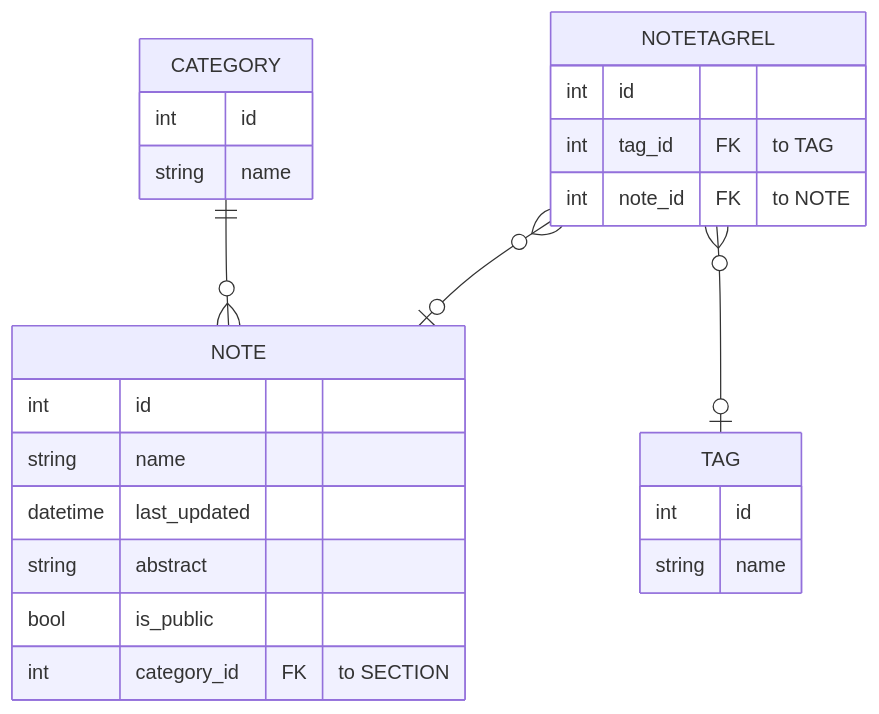
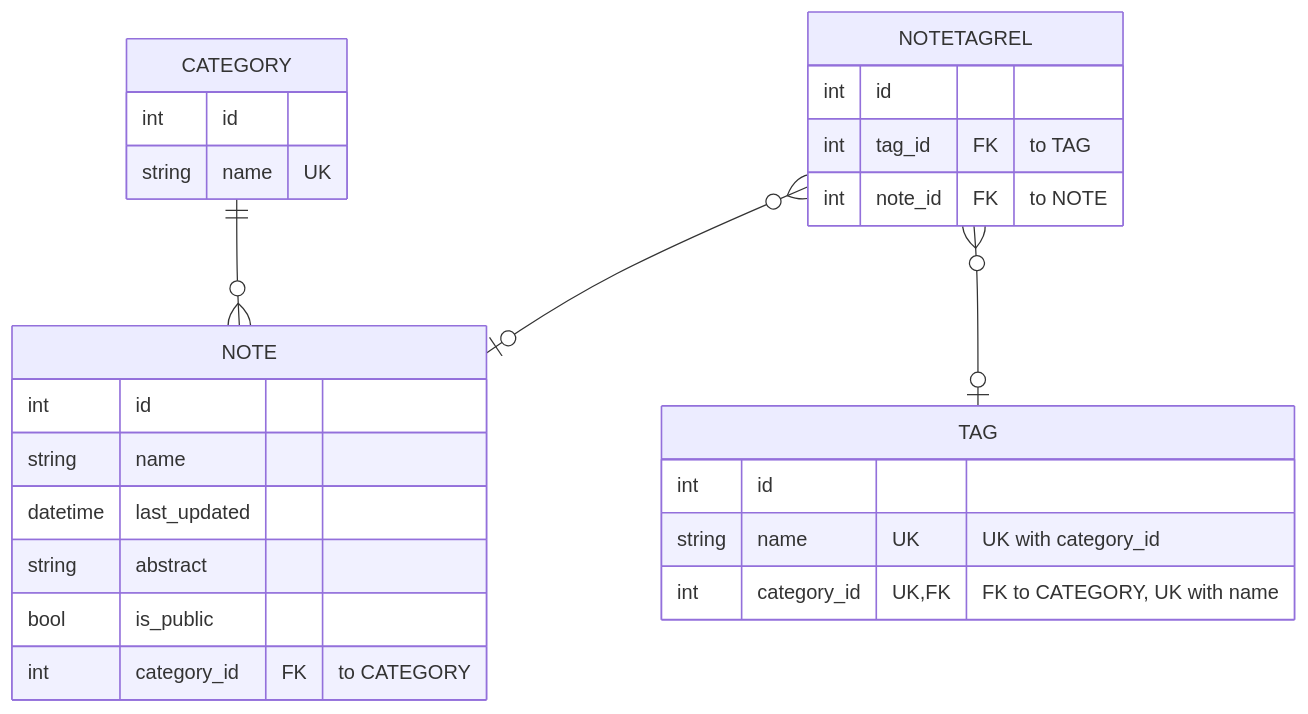
One commit to xsalagarcia/my_notes_API changed the diagram in README.md. Above: the diagram before and after it, drawn with Mermaid. The commit also changed 10 other files, not shown here.

````diff
--- a/README.md
+++ b/README.md
@@ -5,30 +5,31 @@
 ```mermaid
 erDiagram
     NOTE {
         int id
         string name
         datetime last_updated
         string abstract
         bool is_public
-        int category_id FK "to SECTION"
+        int category_id FK "to CATEGORY"
     }
     CATEGORY {
         int id
-        string name
+        string name UK
     }
 
     
     TAG {
         int id
-        string name
+        string name UK "UK with category_id"
+        int category_id UK, FK "FK to CATEGORY, UK with name"
     }
     
     NOTETAGREL {
         int id
         int tag_id FK "to TAG"
         int note_id FK "to NOTE"
     }
     CATEGORY ||--o{ NOTE : ""
     NOTETAGREL }o--o| TAG: ""
     NOTETAGREL }o--o| NOTE: ""
 ```
````
